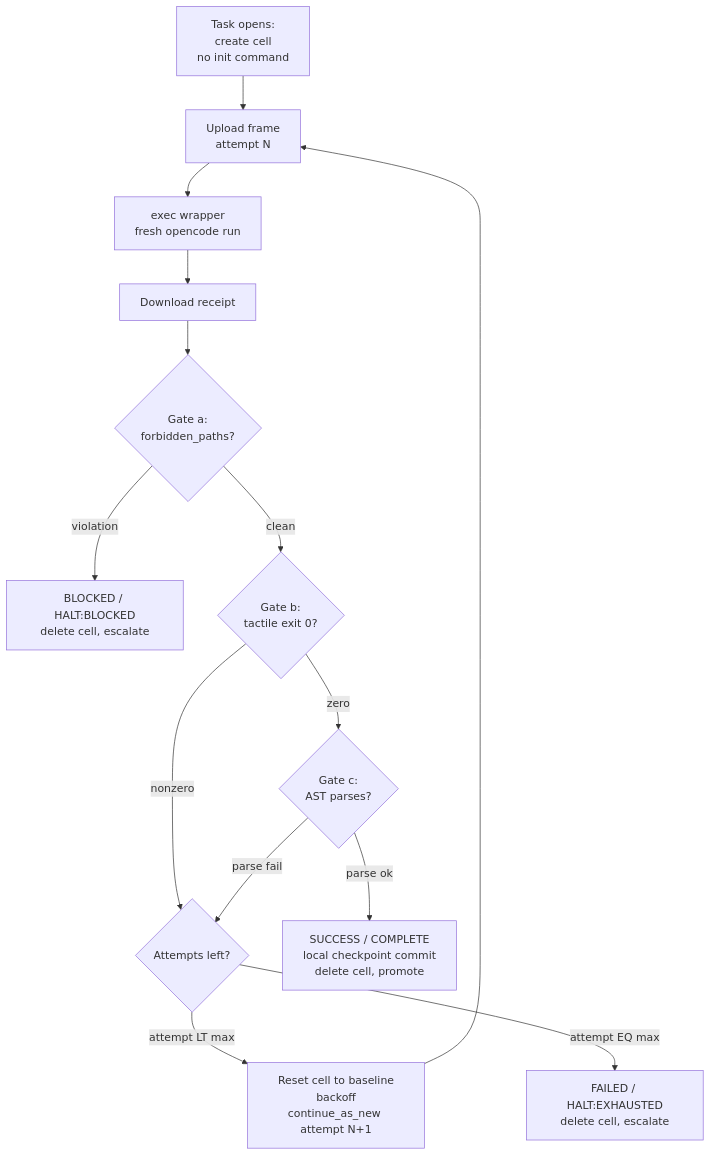
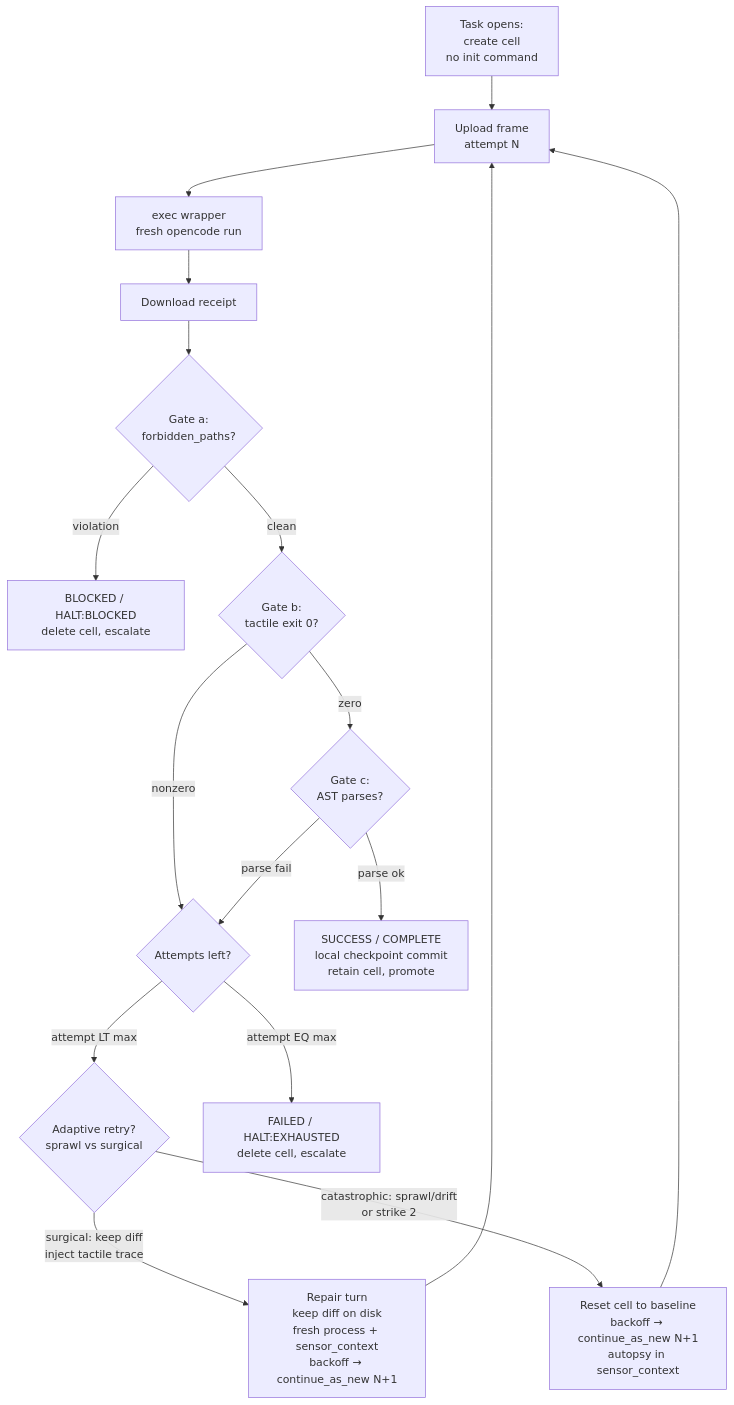
The diagram in specs/03-inner-loop.md (johwes/agentic-sdlc), drawn with Mermaid before and after one commit. The commit also changed other lines of this file and 3 other files, not shown here.

First line of the commit message:
feat(child): adaptive repair loop — surgical continue first, strike-2 reset + sprawl guard

````diff
--- a/specs/03-inner-loop.md
+++ b/specs/03-inner-loop.md
@@ -39,16 +39,19 @@
 ```mermaid
 flowchart TD
     S[Task opens:<br/>create cell<br/>no init command] --> A[Upload frame<br/>attempt N]
     A --> C[exec wrapper<br/>fresh opencode run]
     C --> D[Download receipt]
     D --> E{Gate a:<br/>forbidden_paths?}
     E -->|violation| Z1[BLOCKED / HALT:BLOCKED<br/>delete cell, escalate]
     E -->|clean| F{Gate b:<br/>tactile exit 0?}
     F -->|nonzero| G{Attempts left?}
     F -->|zero| H{Gate c:<br/>AST parses?}
     H -->|parse fail| G
-    H -->|parse ok| Z2[SUCCESS / COMPLETE<br/>local checkpoint commit<br/>delete cell, promote]
-    G -->|attempt LT max| R[Reset cell to baseline<br/>backoff<br/>continue_as_new attempt N+1]
+    H -->|parse ok| Z2[SUCCESS / COMPLETE<br/>local checkpoint commit<br/>retain cell, promote]
+    G -->|attempt LT max| R{Adaptive retry?<br/>sprawl vs surgical}
+    R -->|surgical: keep diff<br/>inject tactile trace| R1[Repair turn<br/>keep diff on disk<br/>fresh process + sensor_context<br/>backoff → continue_as_new N+1]
+    R -->|catastrophic: sprawl/drift<br/>or strike 2| R2[Reset cell to baseline<br/>backoff → continue_as_new N+1<br/>autopsy in sensor_context]
     G -->|attempt EQ max| Z3[FAILED / HALT:EXHAUSTED<br/>delete cell, escalate]
-    R --> A
+    R1 --> A
+    R2 --> A
 ```
````
